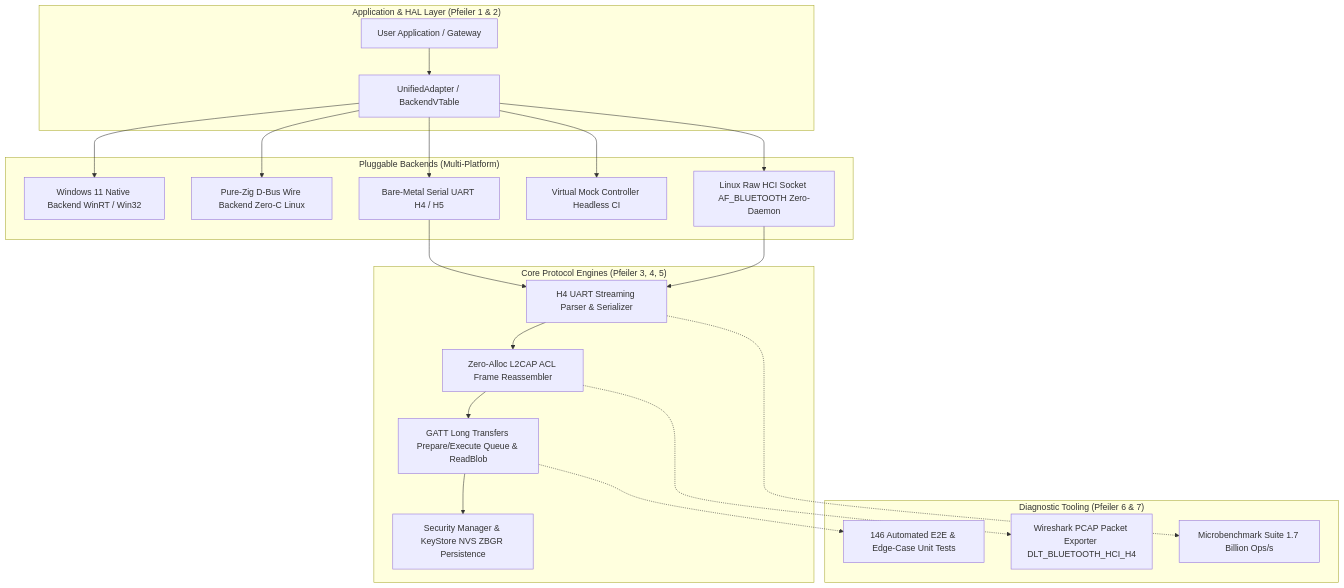
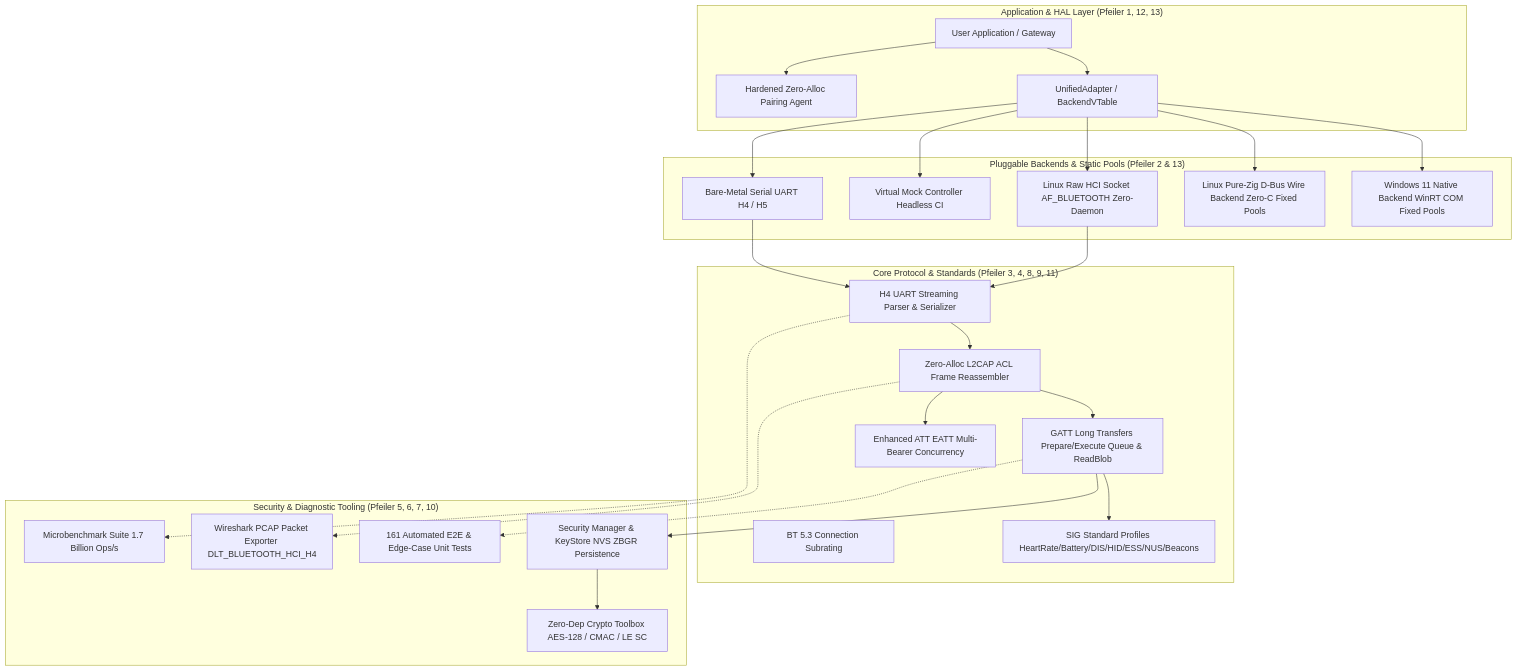
The diagram in README.md (AritoUser/Zig-BLE), drawn with Mermaid before and after one commit. The commit also changed other lines of this file and 13 other files, not shown here.

Commit message:
feat(v1.1.2): complete BlueZ backend, zero-allocation Windows HAL, and pairing agent security hardening

````diff
--- a/README.md
+++ b/README.md
@@ -27,45 +27,54 @@
 ```mermaid
 graph TD
-    subgraph "Application & HAL Layer (Pfeiler 1 & 2)"
+    subgraph "Application & HAL Layer (Pfeiler 1, 12, 13)"
         APP[User Application / Gateway]
         HAL[UnifiedAdapter / BackendVTable]
+        AGENT[Hardened Zero-Alloc Pairing Agent]
     end
 
-    subgraph "Pluggable Backends (Multi-Platform)"
-        WIN[Windows 11 Native Backend WinRT / Win32]
-        DBUS[Pure-Zig D-Bus Wire Backend Zero-C Linux]
+    subgraph "Pluggable Backends & Static Pools (Pfeiler 2 & 13)"
+        WIN[Windows 11 Native Backend WinRT COM Fixed Pools]
+        DBUS[Linux Pure-Zig D-Bus Wire Backend Zero-C Fixed Pools]
         HCI_SOCK[Linux Raw HCI Socket AF_BLUETOOTH Zero-Daemon]
         MOCK[Virtual Mock Controller Headless CI]
         UART[Bare-Metal Serial UART H4 / H5]
     end
 
-    subgraph "Core Protocol Engines (Pfeiler 3, 4, 5)"
+    subgraph "Core Protocol & Standards (Pfeiler 3, 4, 8, 9, 11)"
         H4_ENG[H4 UART Streaming Parser & Serializer]
         L2CAP_ENG[Zero-Alloc L2CAP ACL Frame Reassembler]
         GATT_ENG[GATT Long Transfers Prepare/Execute Queue & ReadBlob]
-        SEC_ENG[Security Manager & KeyStore NVS ZBGR Persistence]
+        EATT_ENG[Enhanced ATT EATT Multi-Bearer Concurrency]
+        SUB_ENG[BT 5.3 Connection Subrating]
+        PROF_ENG[SIG Standard Profiles HeartRate/Battery/DIS/HID/ESS/NUS/Beacons]
     end
 
-    subgraph "Diagnostic Tooling (Pfeiler 6 & 7)"
-        TESTS[146 Automated E2E & Edge-Case Unit Tests]
+    subgraph "Security & Diagnostic Tooling (Pfeiler 5, 6, 7, 10)"
+        SEC_ENG[Security Manager & KeyStore NVS ZBGR Persistence]
+        CRYPTO_ENG[Zero-Dep Crypto Toolbox AES-128 / CMAC / LE SC]
+        TESTS[161 Automated E2E & Edge-Case Unit Tests]
         PCAP_ENG[Wireshark PCAP Packet Exporter DLT_BLUETOOTH_HCI_H4]
         BENCH[Microbenchmark Suite 1.7 Billion Ops/s]
     end
 
     APP --> HAL
+    APP --> AGENT
     HAL --> WIN
     HAL --> DBUS
     HAL --> HCI_SOCK
     HAL --> MOCK
     HAL --> UART
 
     UART --> H4_ENG
     HCI_SOCK --> H4_ENG
     H4_ENG --> L2CAP_ENG
     L2CAP_ENG --> GATT_ENG
+    L2CAP_ENG --> EATT_ENG
+    GATT_ENG --> PROF_ENG
     GATT_ENG --> SEC_ENG
+    SEC_ENG --> CRYPTO_ENG
 
     L2CAP_ENG -.-> PCAP_ENG
     GATT_ENG -.-> TESTS
     H4_ENG -.-> BENCH
 ```
````
